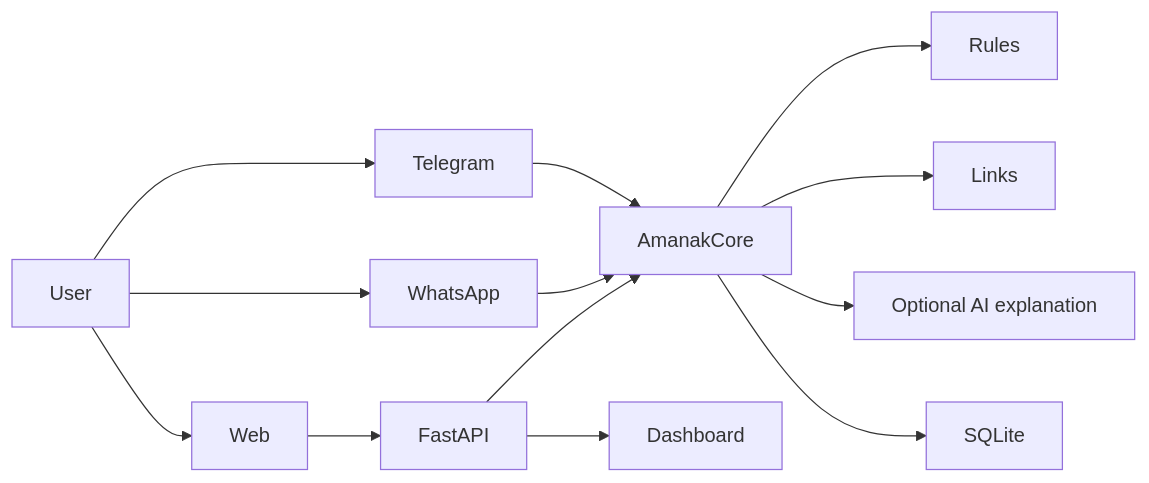
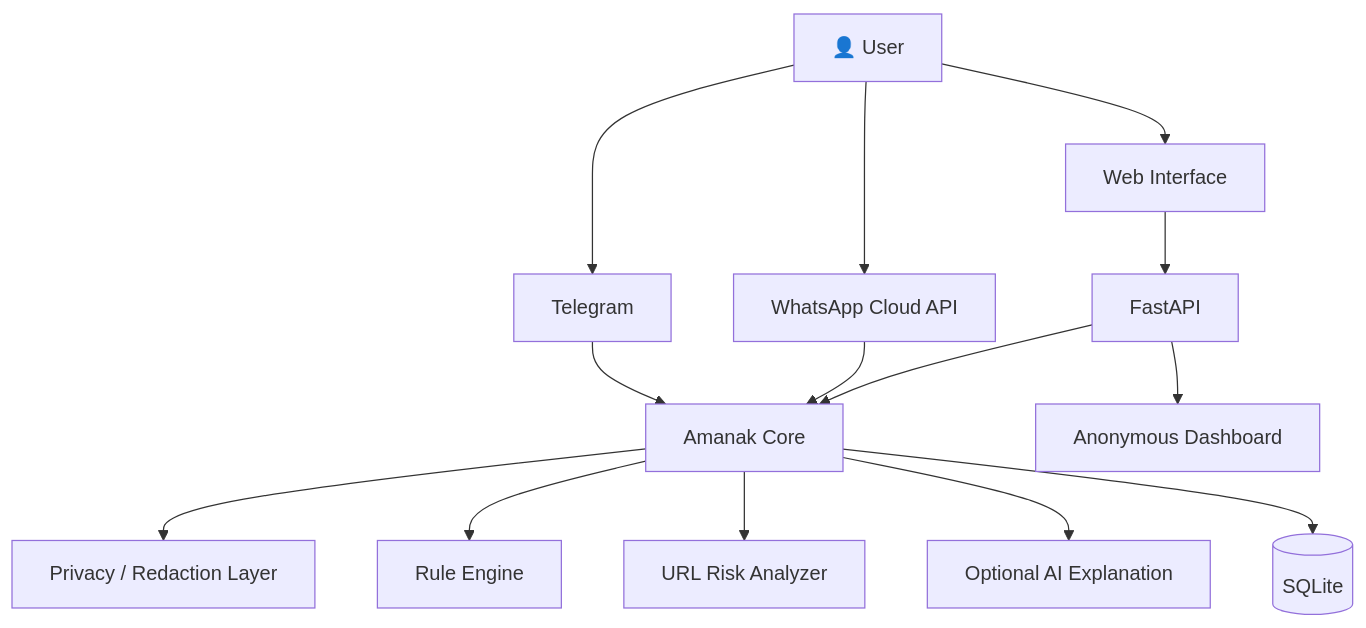
One commit to ahmed-tarek22752/Amanak changed the diagram in README.md. Above: the diagram before and after it, drawn with Mermaid. The commit also changed other lines of this file, not shown here.

````diff
--- a/README.md
+++ b/README.md
@@ -32,15 +198,40 @@
 ```mermaid
-flowchart LR
+flowchart TD
+
+    User[👤 User]
+
+    Telegram[Telegram]
+    WhatsApp[WhatsApp Cloud API]
+    Web[Web Interface]
+
+    Core[Amanak Core]
+
+    Rules[Rule Engine]
+    Links[URL Risk Analyzer]
+    AI[Optional AI Explanation]
+    Privacy[Privacy / Redaction Layer]
+
+    DB[(SQLite)]
+
+    API[FastAPI]
+    Dashboard[Anonymous Dashboard]
+
     User --> Telegram
     User --> WhatsApp
     User --> Web
-    Web --> FastAPI
-    Telegram --> AmanakCore
-    WhatsApp --> AmanakCore
-    FastAPI --> AmanakCore
-    AmanakCore --> Rules
-    AmanakCore --> Links
-    AmanakCore --> AI[Optional AI explanation]
-    AmanakCore --> SQLite
-    FastAPI --> Dashboard
+
+    Telegram --> Core
+    WhatsApp --> Core
+    Web --> API
+
+    API --> Core
+
+    Core --> Privacy
+    Core --> Rules
+    Core --> Links
+    Core --> AI
+
+    Core --> DB
+
+    API --> Dashboard
 ```
````
